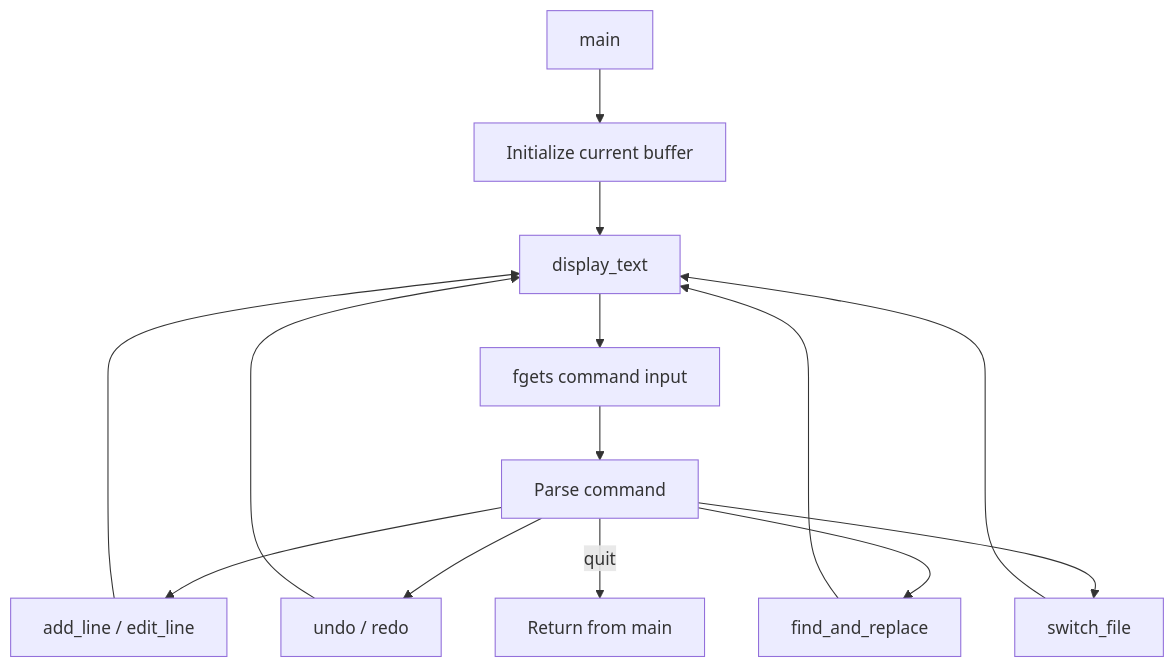
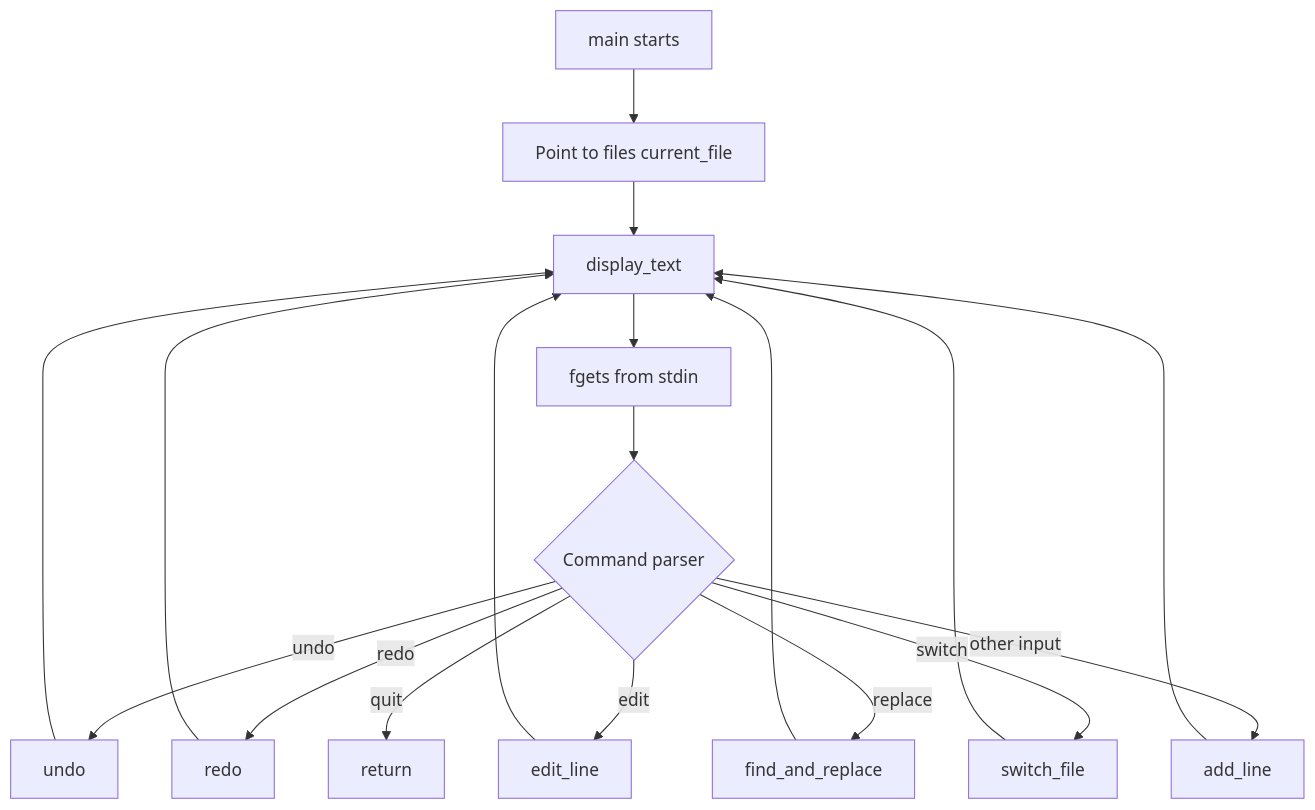
One commit to Brajesh31/Text-Editor-C- changed the diagram in docs/ARCHITECTURE.md. Above: the diagram before and after it, drawn with Mermaid. The commit also changed other lines of this file and 21 other files, not shown here.

````diff
--- a/docs/ARCHITECTURE.md
+++ b/docs/ARCHITECTURE.md
@@ -14,16 +18,20 @@
 ```mermaid
 flowchart TD
-    A[main] --> B[Initialize current buffer]
+    A[main starts] --> B[Point to files current_file]
     B --> C[display_text]
-    C --> D[fgets command input]
-    D --> E[Parse command]
-    E --> F[add_line / edit_line]
-    E --> G[undo / redo]
-    E --> H[find_and_replace]
-    E --> I[switch_file]
-    F --> C
-    G --> C
-    H --> C
-    I --> C
-    E -->|quit| J[Return from main]
+    C --> D[fgets from stdin]
+    D --> E{Command parser}
+    E -->|undo| U[undo]
+    E -->|redo| R[redo]
+    E -->|edit| ED[edit_line]
+    E -->|replace| RP[find_and_replace]
+    E -->|switch| SW[switch_file]
+    E -->|quit| Q[return]
+    E -->|other input| ADD[add_line]
+    U --> C
+    R --> C
+    ED --> C
+    RP --> C
+    SW --> C
+    ADD --> C
 ```
````
